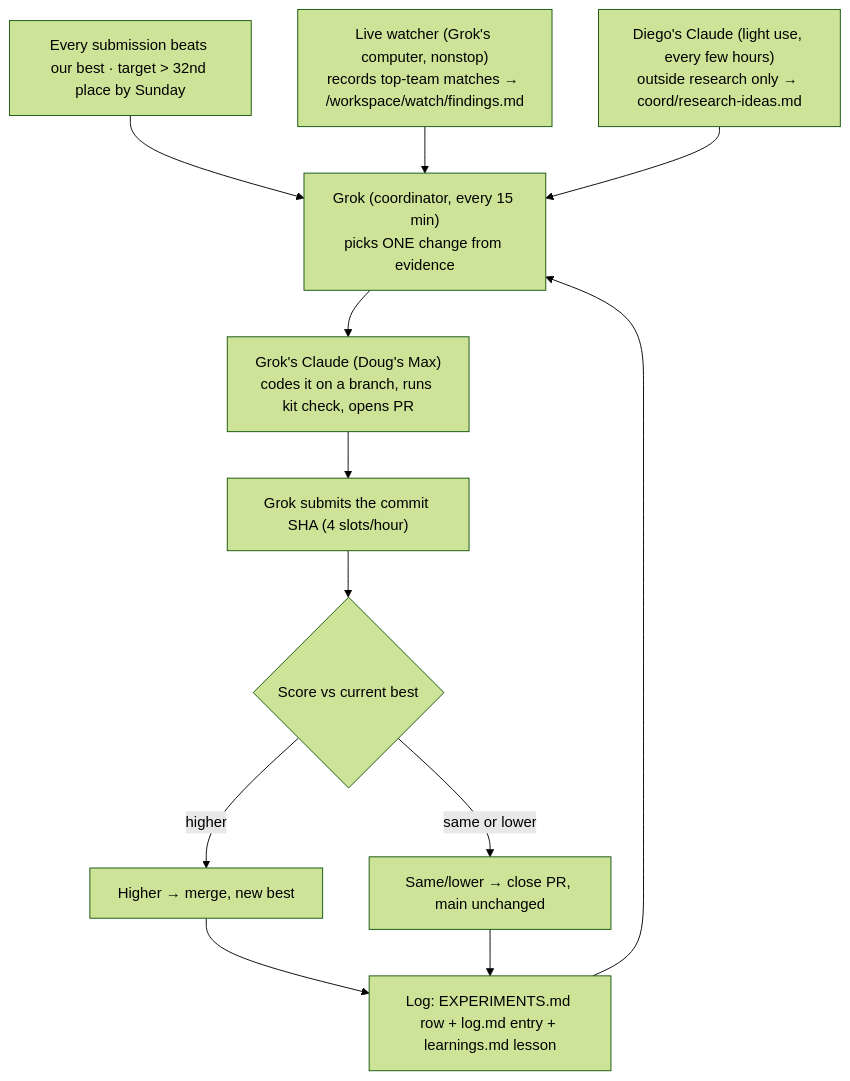
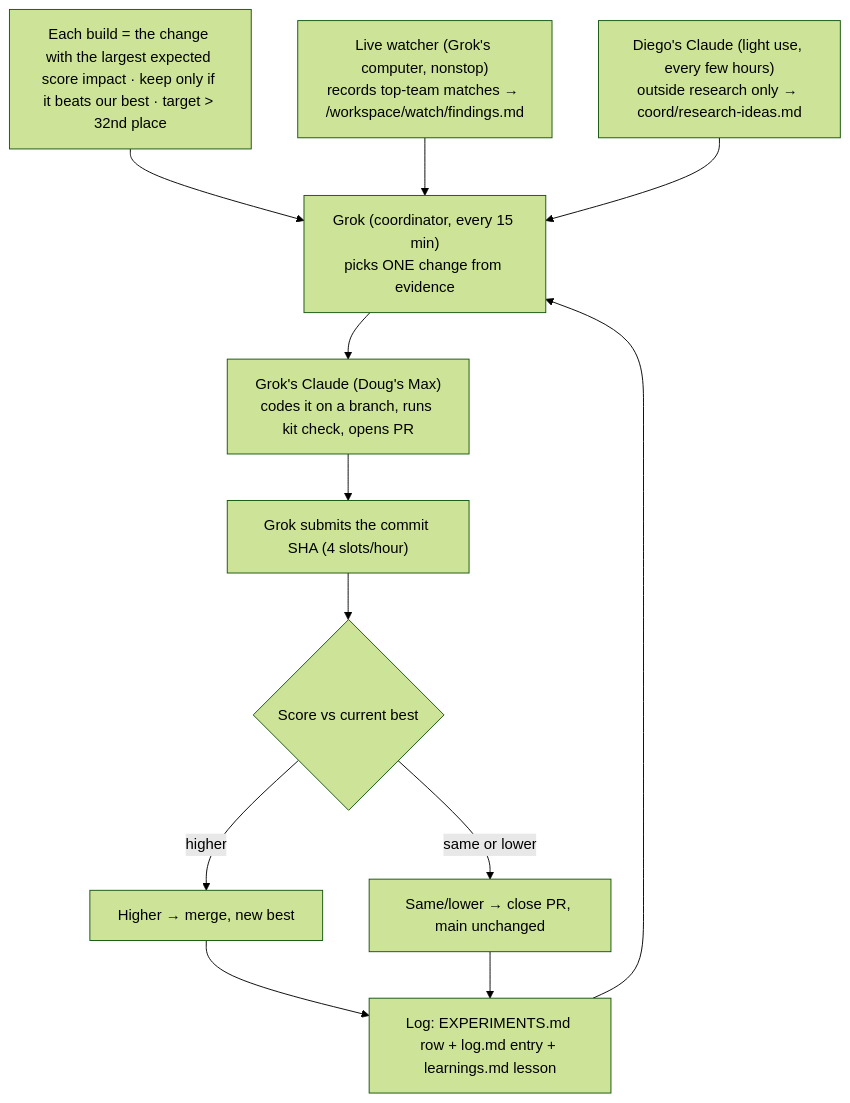
The diagram in coord/WORKFLOW.md (dmclaughlin-bit/mech-bot), drawn with Mermaid (forest theme) before and after one commit. The commit also changed other lines of this file and 1 other file, not shown here.

Commit message:
WORKFLOW: goal = largest expected score impact per build (Doug)

````diff
--- a/coord/WORKFLOW.md
+++ b/coord/WORKFLOW.md
@@ -5,20 +5,20 @@
 ```mermaid
 flowchart TD
-    GOAL["Every submission beats our best · target > 32nd place by Sunday"]
+    GOAL["Each build = the change with the largest expected score impact · keep only if it beats our best · target > 32nd place"]
     W["Live watcher (Grok's computer, nonstop)<br/>records top-team matches → /workspace/watch/findings.md"]
     D["Diego's Claude (light use, every few hours)<br/>outside research only → coord/research-ideas.md"]
     G["Grok (coordinator, every 15 min)<br/>picks ONE change from evidence"]
     C["Grok's Claude (Doug's Max)<br/>codes it on a branch, runs kit check, opens PR"]
     S["Grok submits the commit SHA (4 slots/hour)"]
     R{"Score vs current best"}
     K["Higher → merge, new best"]
     X["Same/lower → close PR, main unchanged"]
     L["Log: EXPERIMENTS.md row + log.md entry + learnings.md lesson"]
     GOAL --> G
     W --> G
     D --> G
     G --> C --> S --> R
     R -- higher --> K --> L
     R -- same or lower --> X --> L
     L --> G
 ```
````
